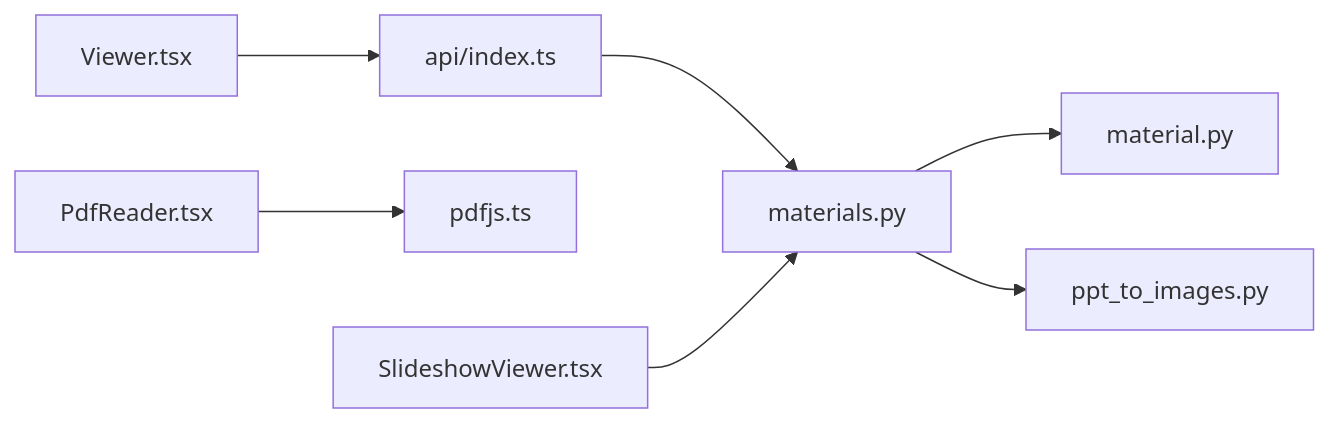
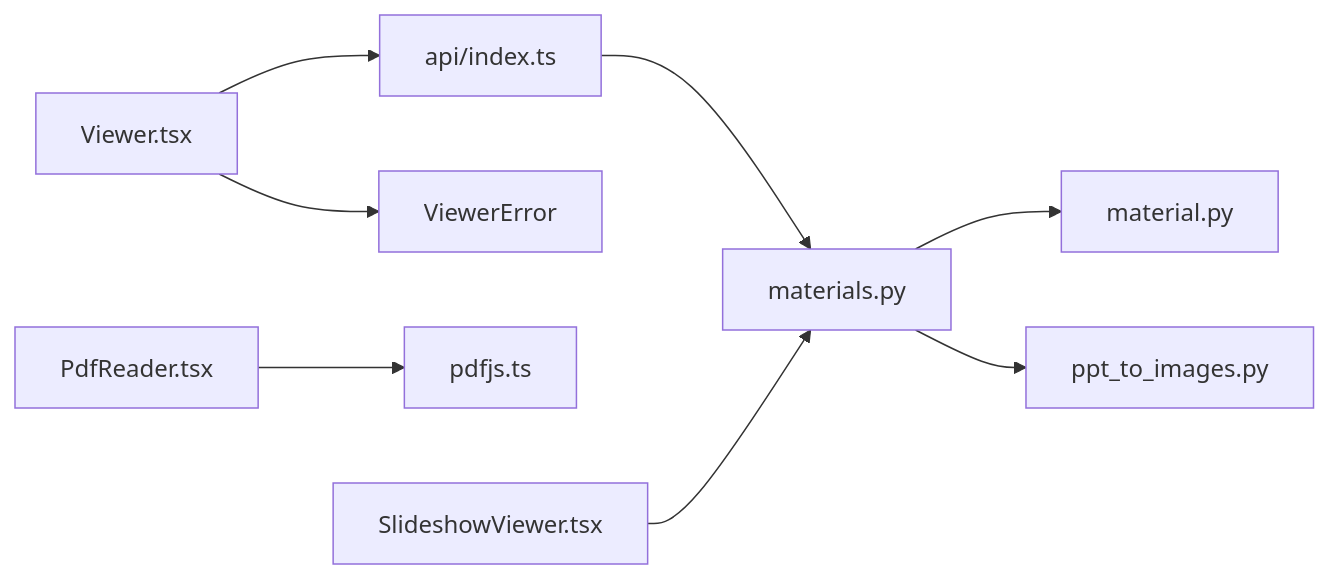
One commit to leo21cn/ai-learning-hub changed the seventh of 7 diagrams in .qoder/repowiki/zh/content/前端开发指南/页面开发/前台页面开发/在线播放器页面/在线播放器页面.md. Above: the diagram before and after it, drawn with Mermaid. The commit also changed other lines of this file and 41 other files, not shown here.

````diff
--- a/.qoder/repowiki/zh/content/前端开发指南/页面开发/前台页面开发/在线播放器页面/在线播放器页面.md
+++ b/.qoder/repowiki/zh/content/前端开发指南/页面开发/前台页面开发/在线播放器页面/在线播放器页面.md
@@ -281,9 +314,10 @@
 ```mermaid
 graph LR
 V["Viewer.tsx"] --> API["api/index.ts"]
+V --> VE["ViewerError"]
 API --> MAPI["materials.py"]
 PR["PdfReader.tsx"] --> PJ["pdfjs.ts"]
 SV["SlideshowViewer.tsx"] --> MAPI
 MAPI --> MOD["material.py"]
 MAPI --> PPT["ppt_to_images.py"]
 ```
````
